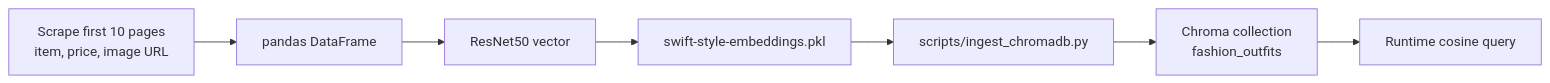
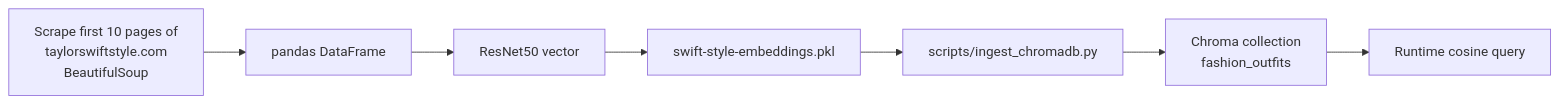
One commit to sty0331us/Multimodal-Style-Finder changed the fourth of 4 diagrams in README.md. Above: the diagram before and after it, drawn with Mermaid. The commit also changed other lines of this file, not shown here.

````diff
--- a/README.md
+++ b/README.md
@@ -182,9 +186,9 @@
 ```mermaid
 flowchart LR
-    Scrape["Scrape first 10 pages<br/>item, price, image URL"] --> Frame["pandas DataFrame"]
+    Scrape["Scrape first 10 pages of<br/>taylorswiftstyle.com<br/>BeautifulSoup"] --> Frame["pandas DataFrame"]
     Frame --> Encode["ResNet50 vector"]
     Encode --> Pickle["swift-style-embeddings.pkl"]
     Pickle --> Ingest["scripts/ingest_chromadb.py"]
     Ingest --> Chroma["Chroma collection<br/>fashion_outfits"]
     Chroma --> Runtime["Runtime cosine query"]
 ```
````
